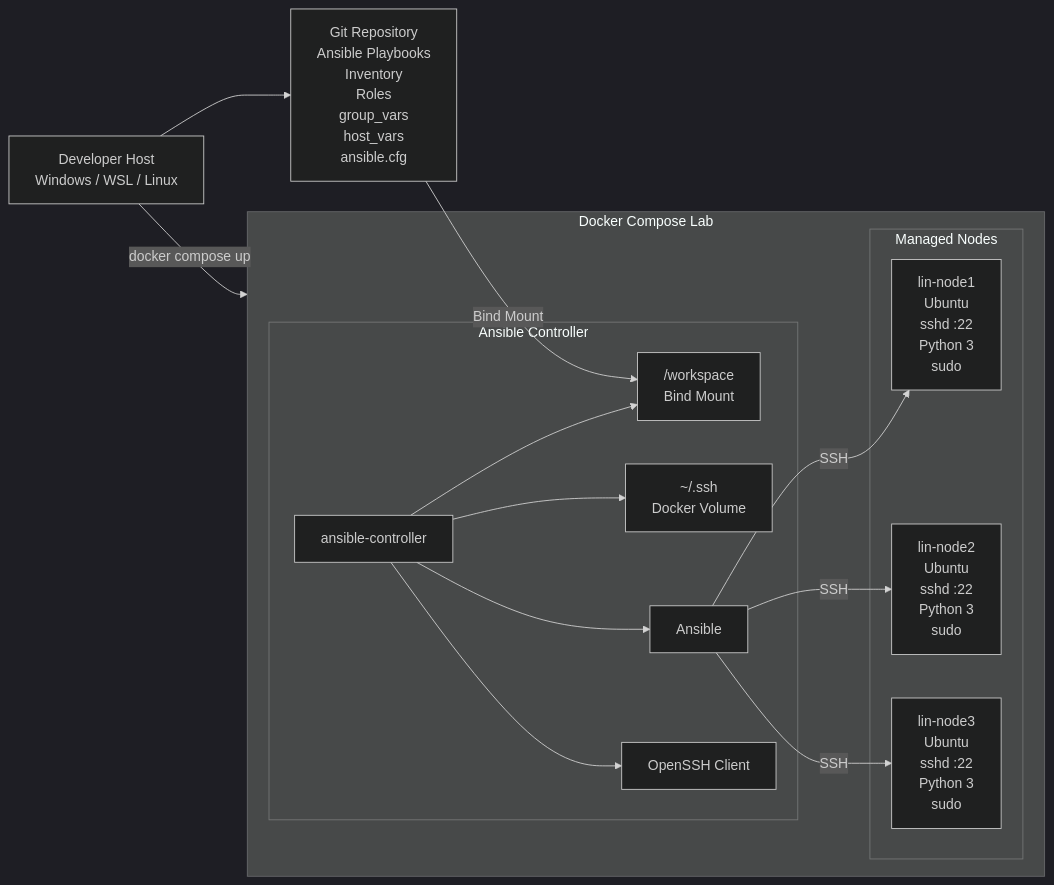
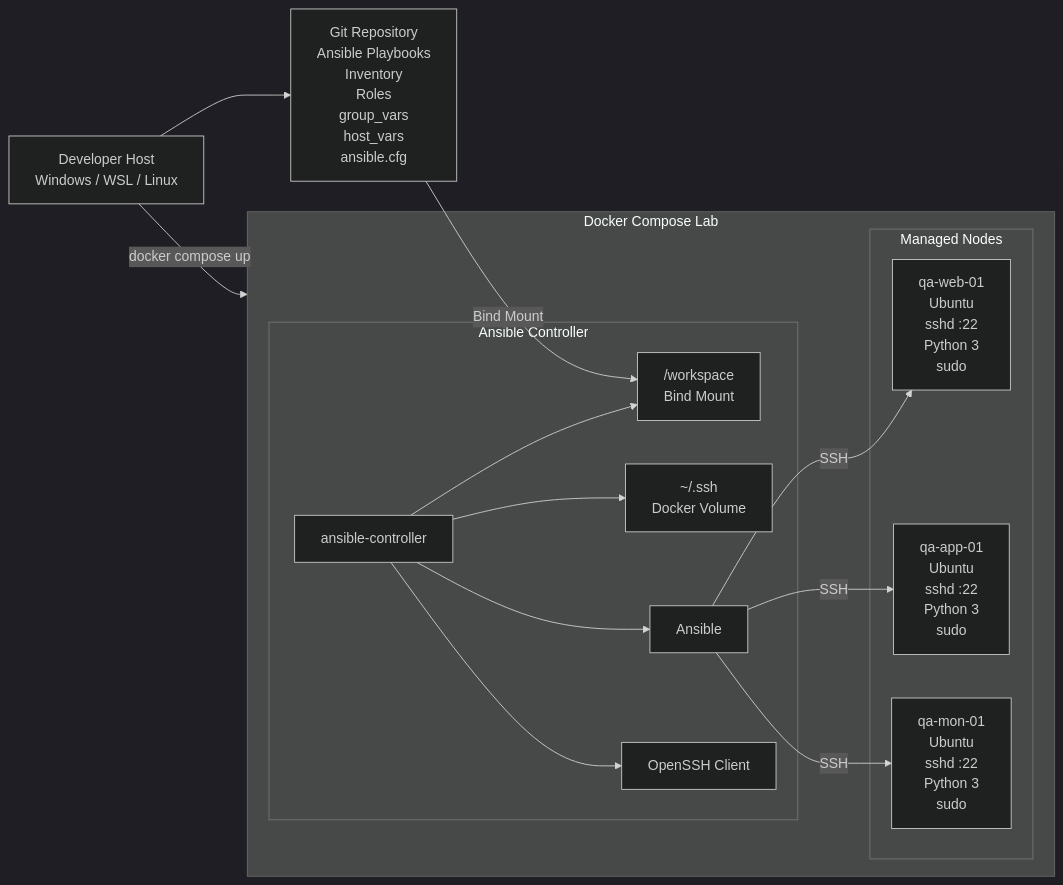
Before and after one commit to ongeziwe17/ansible-lab101: the diagram in architecture-and-flow/archutecture.mermaid, drawn with Mermaid (dark theme). The commit also changed 7 other files, not shown here.

```diff
--- a/architecture-and-flow/archutecture.mermaid
+++ b/architecture-and-flow/archutecture.mermaid
@@ -1,34 +1,34 @@
 flowchart LR
     HOST["Developer Host<br/>Windows / WSL / Linux"]
 
     GIT["Git Repository<br/>Ansible Playbooks<br/>Inventory<br/>Roles<br/>group_vars<br/>host_vars<br/>ansible.cfg"]
 
     subgraph DOCKER["Docker Compose Lab"]
 
         subgraph CONTROLLER["Ansible Controller"]
             AC["ansible-controller"]
             WORKSPACE["/workspace<br/>Bind Mount"]
             SSHVOL["~/.ssh<br/>Docker Volume"]
             ANSIBLE["Ansible"]
             SSHCLIENT["OpenSSH Client"]
 
             AC --> WORKSPACE
             AC --> SSHVOL
             AC --> ANSIBLE
             AC --> SSHCLIENT
         end
 
         subgraph MANAGED["Managed Nodes"]
-            NODE1["lin-node1<br/>Ubuntu<br/>sshd :22<br/>Python 3<br/>sudo"]
-            NODE2["lin-node2<br/>Ubuntu<br/>sshd :22<br/>Python 3<br/>sudo"]
-            NODE3["lin-node3<br/>Ubuntu<br/>sshd :22<br/>Python 3<br/>sudo"]
+            NODE1["qa-web-01<br/>Ubuntu<br/>sshd :22<br/>Python 3<br/>sudo"]
+            NODE2["qa-app-01<br/>Ubuntu<br/>sshd :22<br/>Python 3<br/>sudo"]
+            NODE3["qa-mon-01<br/>Ubuntu<br/>sshd :22<br/>Python 3<br/>sudo"]
         end
 
         ANSIBLE -->|"SSH"| NODE1
         ANSIBLE -->|"SSH"| NODE2
         ANSIBLE -->|"SSH"| NODE3
     end
 
     HOST --> GIT
     GIT -->|"Bind Mount"| WORKSPACE
     HOST -->|"docker compose up"| DOCKER
```
